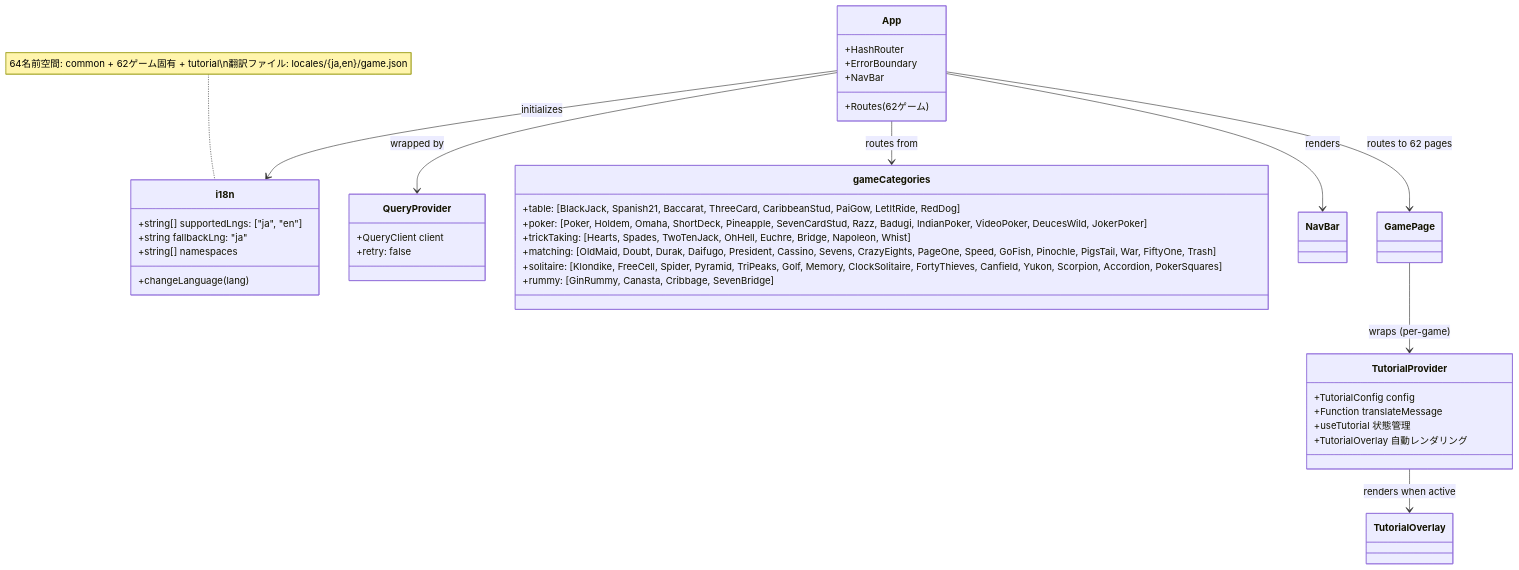
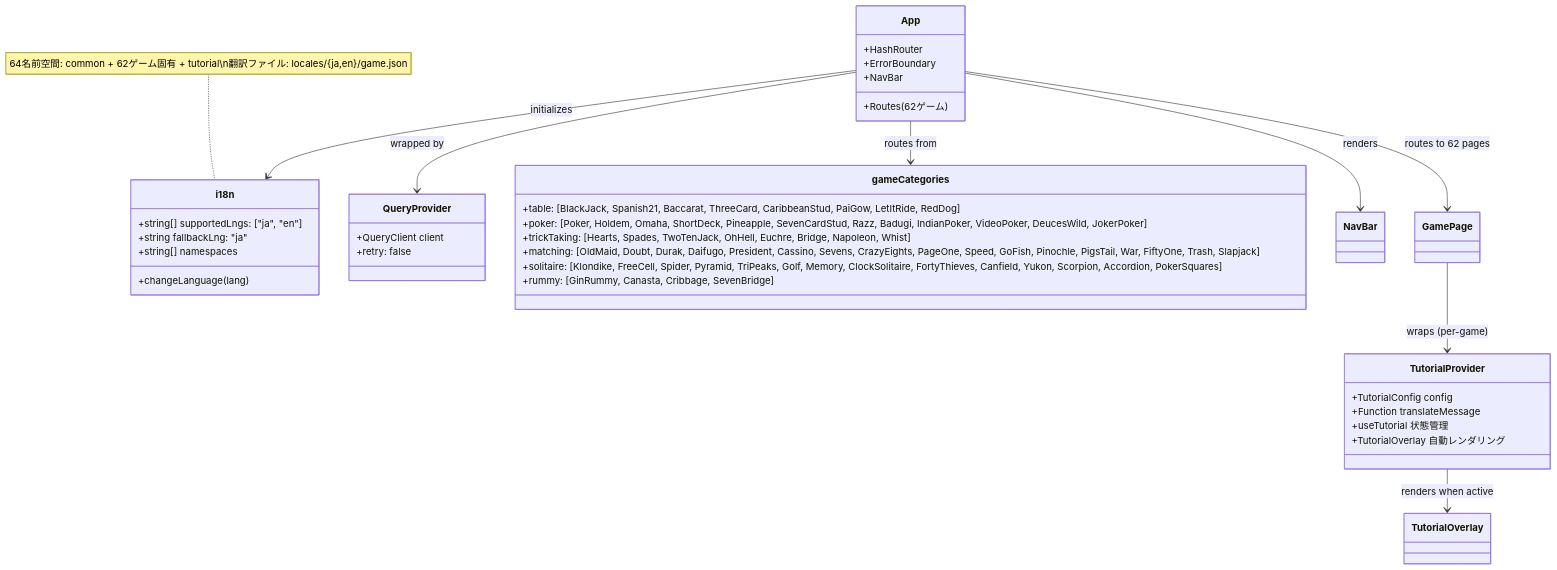
The ninth of 39 diagrams in docs/design/frontend.md (yuta-yoshinaga/go_trumpcards), drawn with Mermaid before and after one commit. The commit also changed 55 other files, not shown here.

````diff
--- a/docs/design/frontend.md
+++ b/docs/design/frontend.md
@@ -1824,47 +1824,47 @@
 ```mermaid
 classDiagram
     class i18n {
         +string[] supportedLngs: ["ja", "en"]
         +string fallbackLng: "ja"
         +string[] namespaces
         +changeLanguage(lang)
     }
 
     class QueryProvider {
         +QueryClient client
         +retry: false
     }
 
     class App {
         +HashRouter
         +ErrorBoundary
         +NavBar
         +Routes (62ゲーム)
     }
 
     class gameCategories {
         +table: [BlackJack, Spanish21, Baccarat, ThreeCard, CaribbeanStud, PaiGow, LetItRide, RedDog]
         +poker: [Poker, Holdem, Omaha, ShortDeck, Pineapple, SevenCardStud, Razz, Badugi, IndianPoker, VideoPoker, DeucesWild, JokerPoker]
         +trickTaking: [Hearts, Spades, TwoTenJack, OhHell, Euchre, Bridge, Napoleon, Whist]
-        +matching: [OldMaid, Doubt, Durak, Daifugo, President, Cassino, Sevens, CrazyEights, PageOne, Speed, GoFish, Pinochle, PigsTail, War, FiftyOne, Trash]
+        +matching: [OldMaid, Doubt, Durak, Daifugo, President, Cassino, Sevens, CrazyEights, PageOne, Speed, GoFish, Pinochle, PigsTail, War, FiftyOne, Trash, Slapjack]
         +solitaire: [Klondike, FreeCell, Spider, Pyramid, TriPeaks, Golf, Memory, ClockSolitaire, FortyThieves, Canfield, Yukon, Scorpion, Accordion, PokerSquares]
         +rummy: [GinRummy, Canasta, Cribbage, SevenBridge]
     }
 
     class TutorialProvider {
         +TutorialConfig config
         +Function translateMessage
         +useTutorial 状態管理
         +TutorialOverlay 自動レンダリング
     }
 
     App --> QueryProvider : wrapped by
     App --> i18n : initializes
     App --> gameCategories : routes from
     App --> NavBar : renders
     App --> GamePage : routes to 62 pages
     GamePage --> TutorialProvider : wraps (per-game)
     TutorialProvider --> TutorialOverlay : renders when active
 
     note for i18n "64名前空間: common + 62ゲーム固有 + tutorial\n翻訳ファイル: locales/{ja,en}/game.json"
 ```
````
